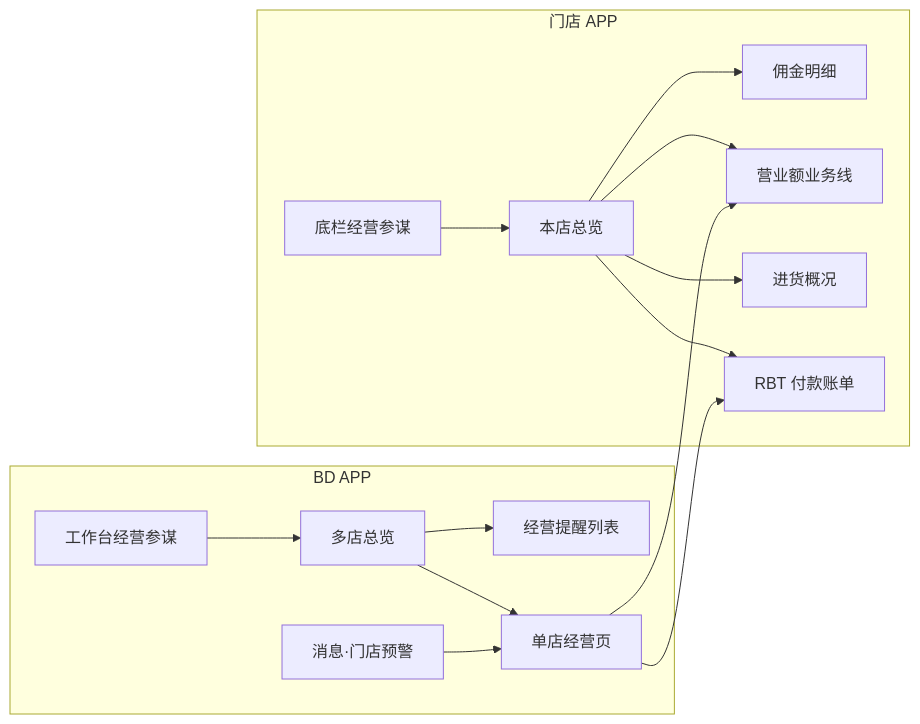
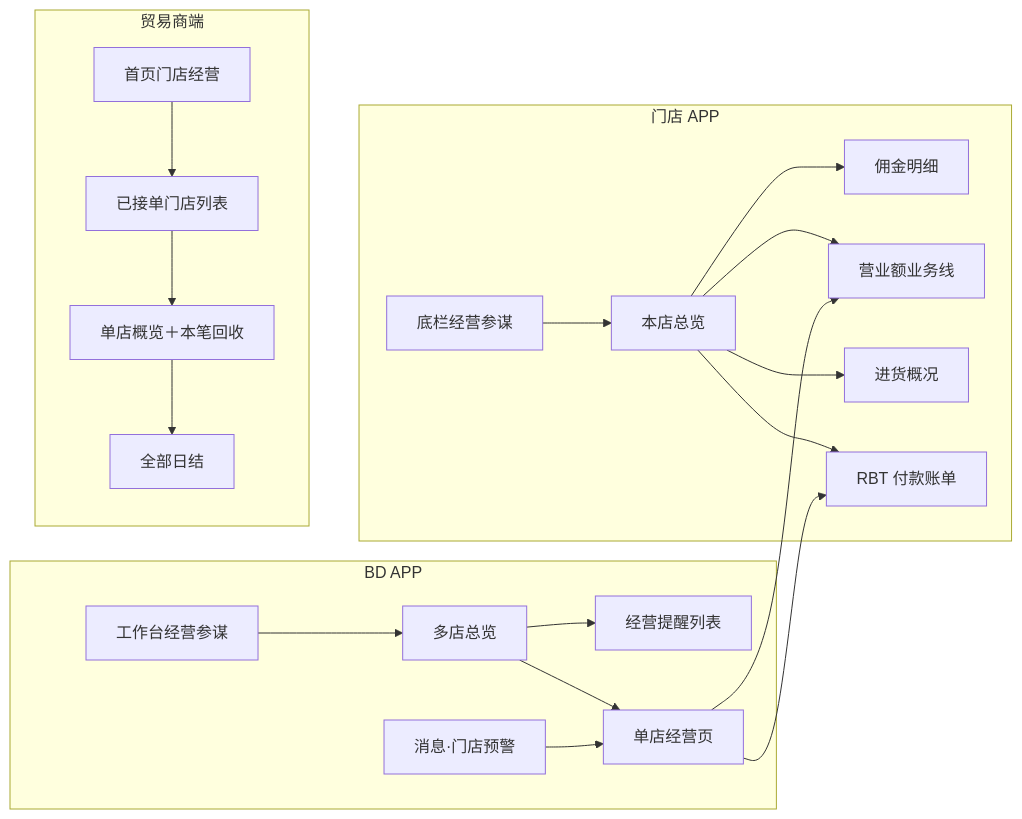
The first of 2 diagrams in prototype-prd/门店经营参谋.md (342-droid/LFerp), drawn with Mermaid before and after one commit. The commit also changed other lines of this file and 18 other files, not shown here.

````diff
--- a/prototype-prd/门店经营参谋.md
+++ b/prototype-prd/门店经营参谋.md
@@ -30,18 +30,23 @@
 ```mermaid
 flowchart LR
   subgraph store[门店 APP]
     S1[底栏经营参谋] --> S2[本店总览]
     S2 --> S3[佣金明细]
     S2 --> S4[营业额业务线]
     S2 --> S5[进货概况]
     S2 --> S6[RBT 付款账单]
   end
   subgraph bd[BD APP]
     B1[工作台经营参谋] --> B2[多店总览]
     B2 --> B3[经营提醒列表]
     B2 --> B4[单店经营页]
     B4 --> S4
     B4 --> S6
     B5[消息·门店预警] --> B4
   end
+  subgraph trader[贸易商端]
+    T1[首页门店经营] --> T2[已接单门店列表]
+    T2 --> T3[单店概览＋本笔回收]
+    T3 --> T4[全部日结]
+  end
 ```
````
